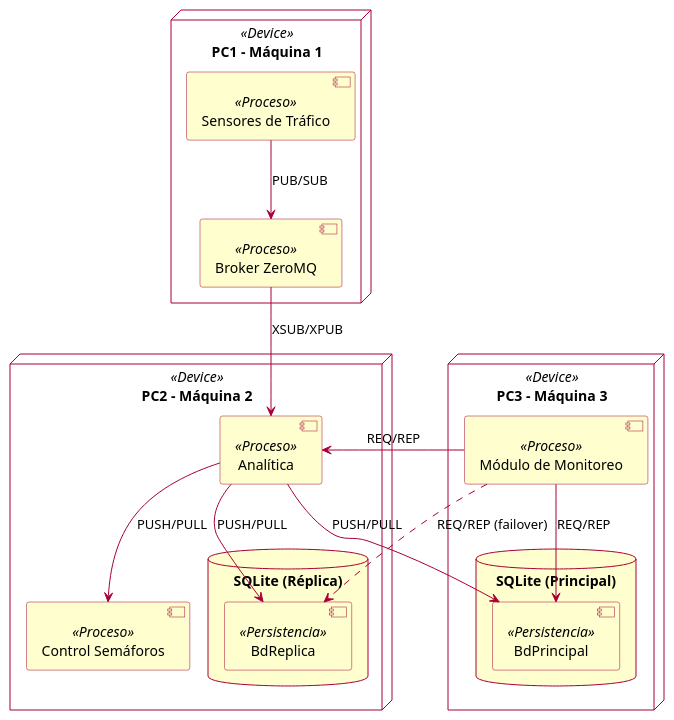
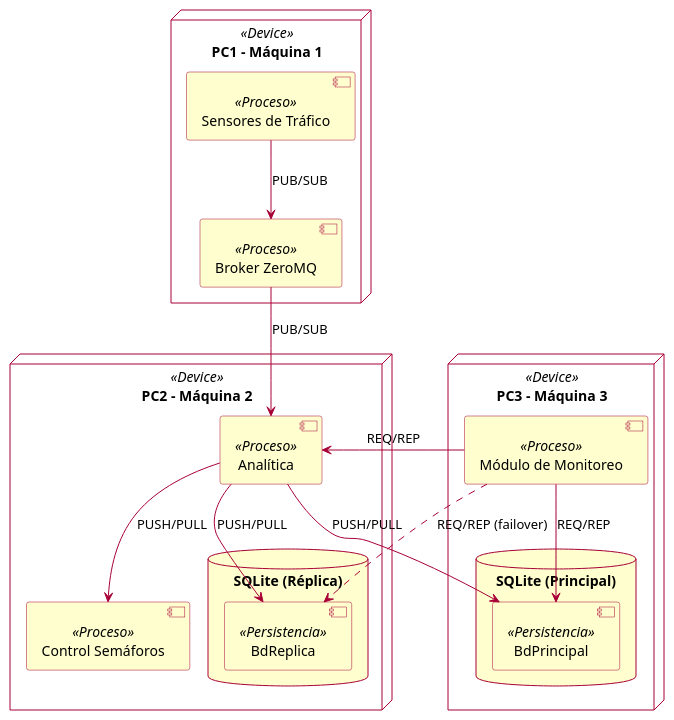
One commit to Miguel4950/Distibuidos-Proyecto-1 changed the diagram in diagramas/diagrama_componentes.puml. Above: the diagram before and after it, drawn with PlantUML. The commit also changed 16 other files, not shown here.

Commit message:
update java source code diagrams and readme for delivery 2

```diff
--- a/diagramas/diagrama_componentes.puml
+++ b/diagramas/diagrama_componentes.puml
@@ -1,55 +1,55 @@
 @startuml diagrama_componentes
 
 skinparam componentStyle uml2
 skinparam classAttributeIconSize 0
 skinparam classFontSize 13
 skinparam classAttributeFontSize 11
 skinparam classFontStyle bold
 skinparam backgroundColor white
 skinparam component {
     BackgroundColor #FEFECE
     BorderColor #A80036
     ArrowColor #A80036
 }
 skinparam node {
     BackgroundColor white
     BorderColor #A80036
 }
 skinparam database {
     BackgroundColor #FEFECE
     BorderColor #A80036
 }
 
 node "PC1 - Máquina 1" <<Device>> {
     [Sensores de Tráfico] <<Proceso>> as Sensores
     [Broker ZeroMQ] <<Proceso>> as Broker
 }
 
 node "PC2 - Máquina 2" <<Device>> {
     [Analítica] <<Proceso>> as Analitica
     [Control Semáforos] <<Proceso>> as Semaforos
     database "SQLite (Réplica)" {
         [BdReplica] <<Persistencia>>
     }
 }
 
 node "PC3 - Máquina 3" <<Device>> {
     database "SQLite (Principal)" {
         [BdPrincipal] <<Persistencia>>
     }
     [Módulo de Monitoreo] <<Proceso>> as Monitoreo
 }
 
 ' Conexiones patrón ZMQ
 Sensores --> Broker : PUB/SUB
-Broker --> Analitica : XSUB/XPUB
+Broker --> Analitica : PUB/SUB
 
 Analitica --> Semaforos : PUSH/PULL
 Analitica --> BdPrincipal : PUSH/PULL
 Analitica --> BdReplica : PUSH/PULL
 
 Monitoreo --> Analitica : REQ/REP
 Monitoreo --> BdPrincipal : REQ/REP
 Monitoreo ..> BdReplica : REQ/REP (failover)
 
 @enduml
```
